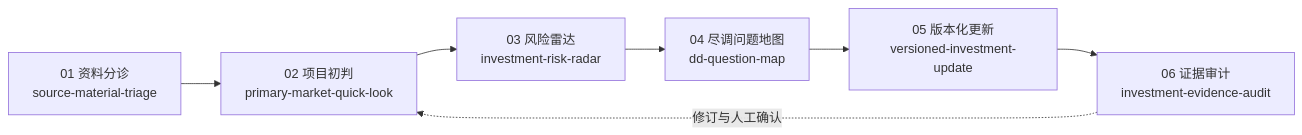
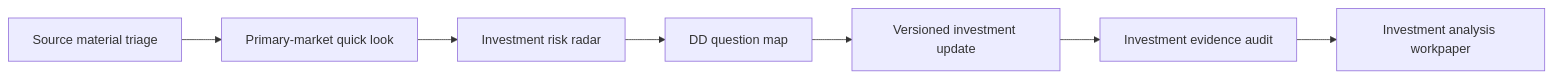
One commit to voittomao/ai-investment-workflow-skills changed the diagram in README.md. Above: the diagram before and after it, drawn with Mermaid. The commit also changed other lines of this file and 90 other files, not shown here.

````diff
--- a/README.md
+++ b/README.md
@@ -44,9 +62,9 @@
 ```mermaid
 flowchart LR
-    A["01 资料分诊<br/>source-material-triage"] --> B["02 项目初判<br/>primary-market-quick-look"]
-    B --> C["03 风险雷达<br/>investment-risk-radar"]
-    C --> D["04 尽调问题地图<br/>dd-question-map"]
-    D --> E["05 版本化更新<br/>versioned-investment-update"]
-    E --> F["06 证据审计<br/>investment-evidence-audit"]
-    F -. "修订与人工确认" .-> B
+  A["Source material triage"] --> B["Primary-market quick look"]
+  B --> C["Investment risk radar"]
+  C --> D["DD question map"]
+  D --> E["Versioned investment update"]
+  E --> F["Investment evidence audit"]
+  F --> G["Investment analysis workpaper"]
 ```
````
